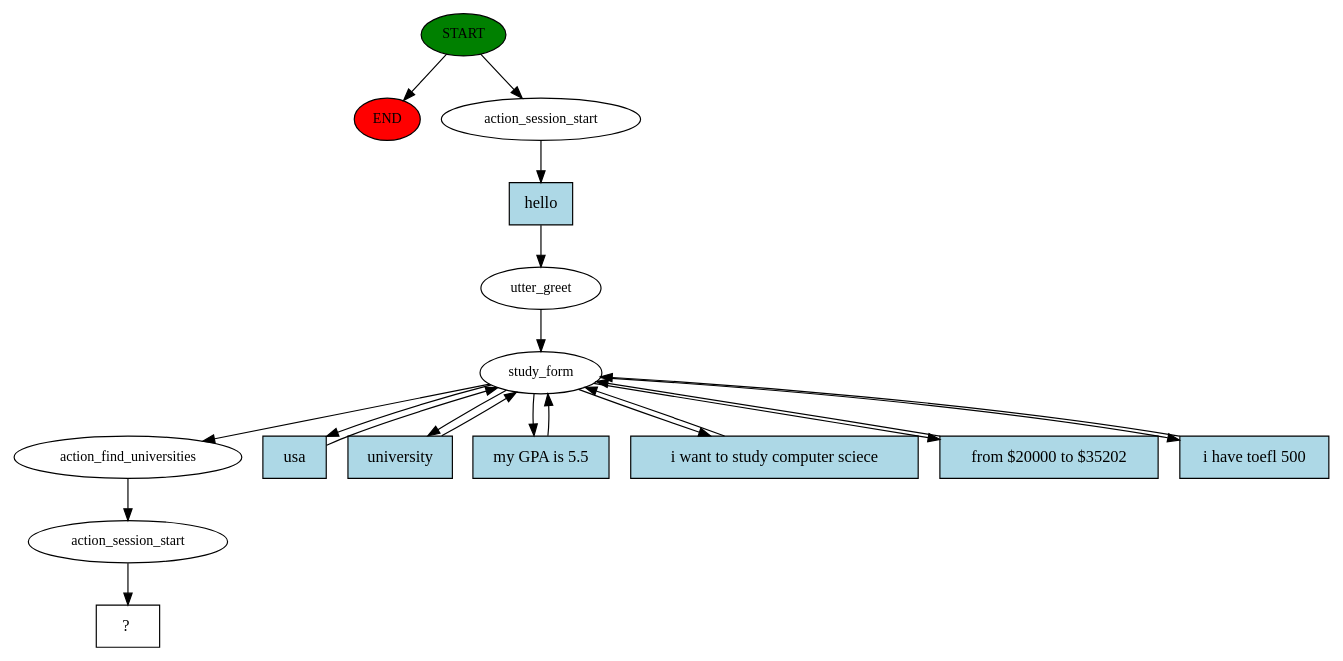
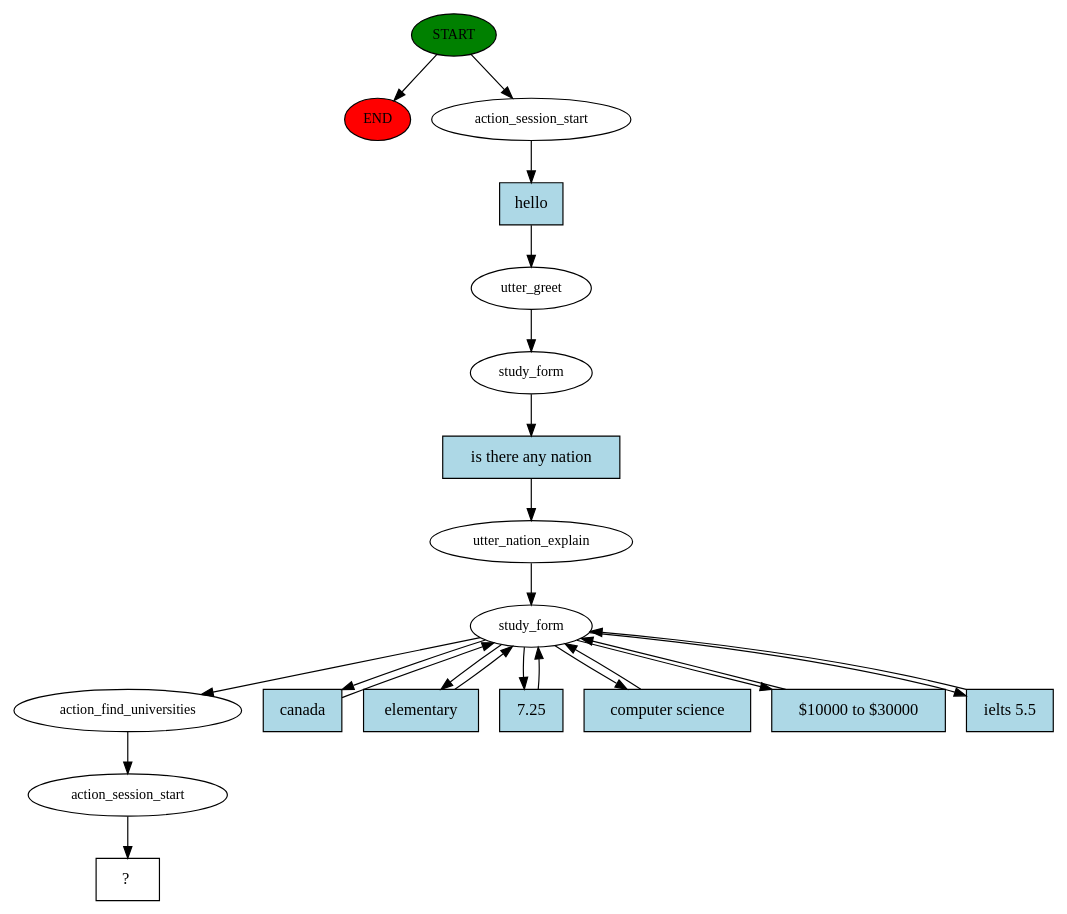
Before and after one commit to WeiNyn/Rasa_new_flow: the diagram in story_graph.dot, drawn with Graphviz. The commit also changed 3 other files, not shown here.

```diff
--- a/story_graph.dot
+++ b/story_graph.dot
@@ -1,37 +1,43 @@
 digraph  {
 0 [class="start active", fillcolor=green, fontsize=12, label=START, style=filled];
 "-1" [class=end, fillcolor=red, fontsize=12, label=END, style=filled];
 1 [class=active, fontsize=12, label=action_session_start];
 2 [class=active, fontsize=12, label=utter_greet];
 3 [class=active, fontsize=12, label=study_form];
-10 [class=active, fontsize=12, label=action_find_universities];
-11 [class=active, fontsize=12, label=action_session_start];
-12 [class="intent dashed active", label="  ?  ", shape=rect];
-13 [class="intent active", fillcolor=lightblue, label=hello, shape=rect, style=filled];
-14 [class="intent active", fillcolor=lightblue, label=usa, shape=rect, style=filled];
-15 [class="intent active", fillcolor=lightblue, label=university, shape=rect, style=filled];
-16 [class="intent active", fillcolor=lightblue, label="my GPA is 5.5", shape=rect, style=filled];
-17 [class="intent active", fillcolor=lightblue, label="i want to study computer sciece", shape=rect, style=filled];
-18 [class="intent active", fillcolor=lightblue, label="from $20000 to $35202", shape=rect, style=filled];
-19 [class="intent active", fillcolor=lightblue, label="i have toefl 500", shape=rect, style=filled];
+4 [class=active, fontsize=12, label=utter_nation_explain];
+5 [class=active, fontsize=12, label=study_form];
+12 [class=active, fontsize=12, label=action_find_universities];
+13 [class=active, fontsize=12, label=action_session_start];
+14 [class="intent dashed active", label="  ?  ", shape=rect];
+15 [class="intent active", fillcolor=lightblue, label=hello, shape=rect, style=filled];
+16 [class="intent active", fillcolor=lightblue, label="is there any nation", shape=rect, style=filled];
+17 [class="intent active", fillcolor=lightblue, label=canada, shape=rect, style=filled];
+18 [class="intent active", fillcolor=lightblue, label=elementary, shape=rect, style=filled];
+19 [class="intent active", fillcolor=lightblue, label="7.25", shape=rect, style=filled];
+20 [class="intent active", fillcolor=lightblue, label="computer science", shape=rect, style=filled];
+21 [class="intent active", fillcolor=lightblue, label="$10000 to $30000", shape=rect, style=filled];
+22 [class="intent active", fillcolor=lightblue, label="ielts 5.5", shape=rect, style=filled];
 0 -> "-1"  [class="", key=NONE, label=""];
 0 -> 1  [class=active, key=NONE, label=""];
-1 -> 13  [class=active, key=0];
+1 -> 15  [class=active, key=0];
 2 -> 3  [class=active, key=NONE, label=""];
-3 -> 10  [class=active, key=NONE, label=""];
-3 -> 14  [class=active, key=0];
-3 -> 15  [class=active, key=0];
 3 -> 16  [class=active, key=0];
-3 -> 17  [class=active, key=0];
-3 -> 18  [class=active, key=0];
-3 -> 19  [class=active, key=0];
-10 -> 11  [class=active, key=NONE, label=""];
-11 -> 12  [class=active, key=NONE, label=""];
-13 -> 2  [class=active, key=0];
-14 -> 3  [class=active, key=0];
-15 -> 3  [class=active, key=0];
-16 -> 3  [class=active, key=0];
-17 -> 3  [class=active, key=0];
-18 -> 3  [class=active, key=0];
-19 -> 3  [class=active, key=0];
+4 -> 5  [class=active, key=NONE, label=""];
+5 -> 12  [class=active, key=NONE, label=""];
+5 -> 17  [class=active, key=0];
+5 -> 18  [class=active, key=0];
+5 -> 19  [class=active, key=0];
+5 -> 20  [class=active, key=0];
+5 -> 21  [class=active, key=0];
+5 -> 22  [class=active, key=0];
+12 -> 13  [class=active, key=NONE, label=""];
+13 -> 14  [class=active, key=NONE, label=""];
+15 -> 2  [class=active, key=0];
+16 -> 4  [class=active, key=0];
+17 -> 5  [class=active, key=0];
+18 -> 5  [class=active, key=0];
+19 -> 5  [class=active, key=0];
+20 -> 5  [class=active, key=0];
+21 -> 5  [class=active, key=0];
+22 -> 5  [class=active, key=0];
 }
```
